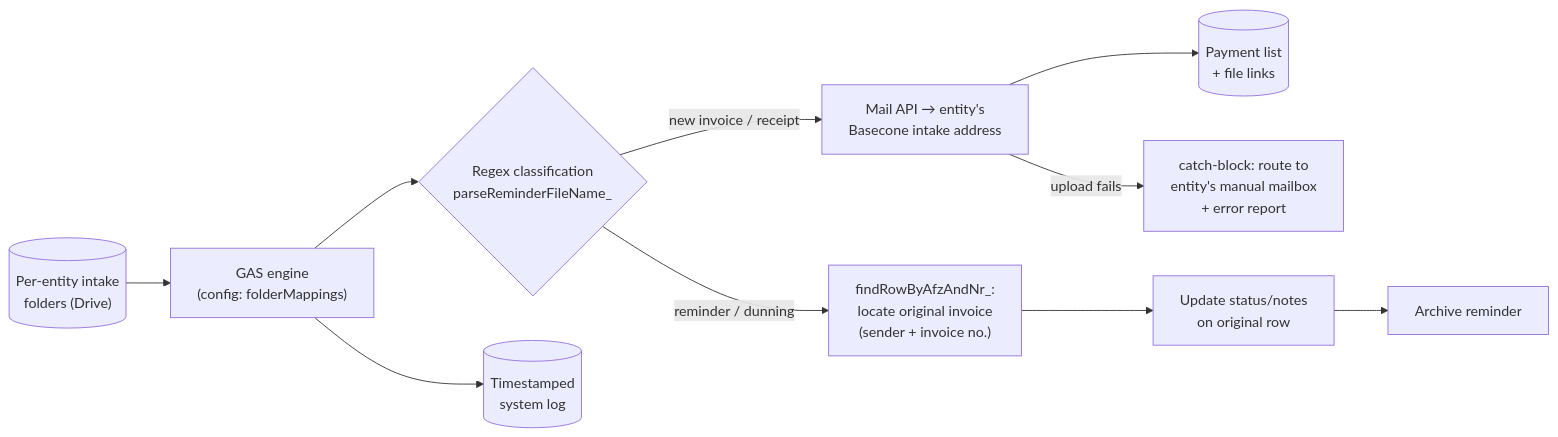
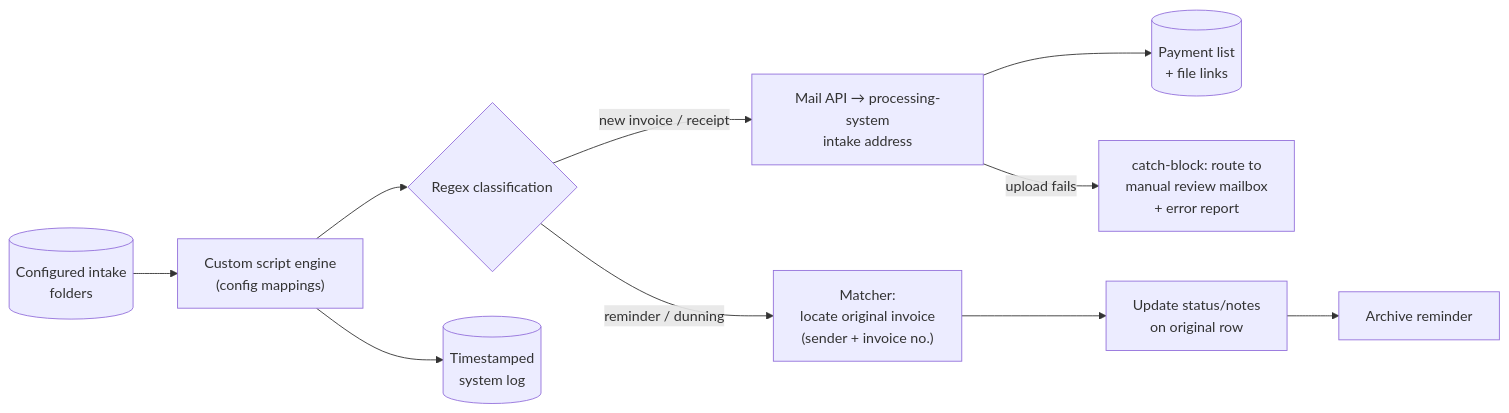
Before and after one commit to MatthiasBusscher/automation-portfolio: the diagram in case-studies/14-accounts-payable-automation.md, drawn with Mermaid. The commit also changed other lines of this file and 16 other files, not shown here.

````diff
--- a/case-studies/14-accounts-payable-automation.md
+++ b/case-studies/14-accounts-payable-automation.md
@@ -13,12 +13,12 @@
 ```mermaid
 flowchart LR
-    IN[("Per-entity intake<br/>folders (Drive)")] --> ENGINE["GAS engine<br/>(config: folderMappings)"]
-    ENGINE --> REGEX{"Regex classification<br/>parseReminderFileName_"}
-    REGEX -- "new invoice / receipt" --> FWD["Mail API → entity's<br/>Basecone intake address"]
+    IN[("Configured intake<br/>folders")] --> ENGINE["Custom script engine<br/>(config mappings)"]
+    ENGINE --> REGEX{"Regex classification"}
+    REGEX -- "new invoice / receipt" --> FWD["Mail API → processing-system<br/>intake address"]
     FWD --> LIST[("Payment list<br/>+ file links")]
-    REGEX -- "reminder / dunning" --> MATCH["findRowByAfzAndNr_:<br/>locate original invoice<br/>(sender + invoice no.)"]
+    REGEX -- "reminder / dunning" --> MATCH["Matcher:<br/>locate original invoice<br/>(sender + invoice no.)"]
     MATCH --> UPD["Update status/notes<br/>on original row"]
     UPD --> ARCH["Archive reminder"]
-    FWD -- "upload fails" --> CATCH["catch-block: route to<br/>entity's manual mailbox<br/>+ error report"]
+    FWD -- "upload fails" --> CATCH["catch-block: route to<br/>manual review mailbox<br/>+ error report"]
     ENGINE --> SYSLOG[("Timestamped<br/>system log")]
 ```
````
